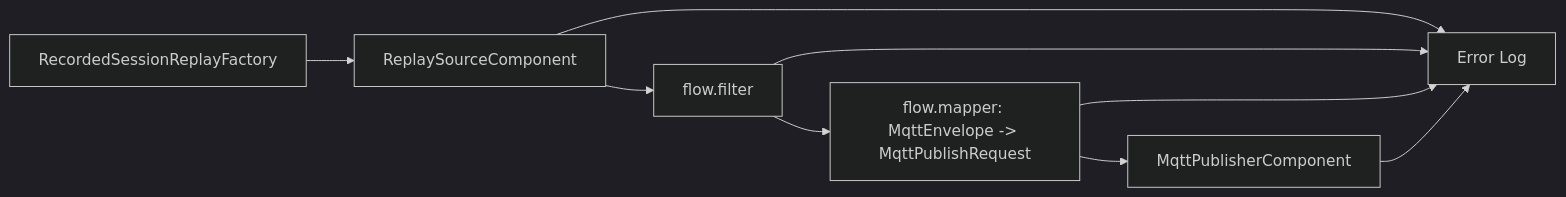
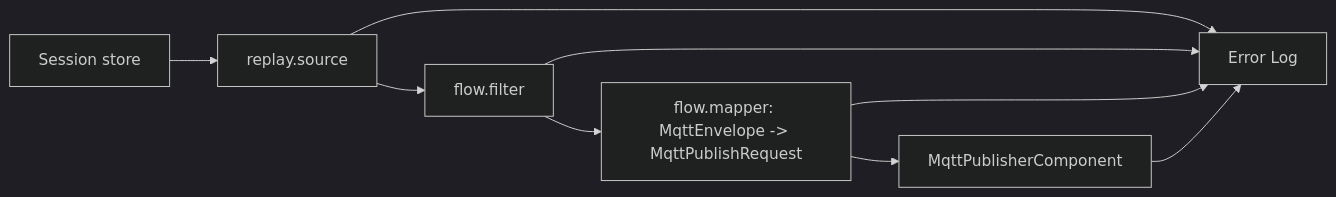
Diagram 20 of 20 in docs/flow-components.md (araxis/FluxMq), drawn with Mermaid (dark theme) before and after one commit. The commit also changed other lines of this file and 18 other files, not shown here.

````diff
--- a/docs/flow-components.md
+++ b/docs/flow-components.md
@@ -762,11 +723,11 @@
 ```mermaid
 flowchart LR
-    Factory["RecordedSessionReplayFactory"] --> Replay["ReplaySourceComponent"]
+    Store["Session store"] --> Replay["replay.source"]
     Replay --> Filter["flow.filter"]
     Filter --> Mapper["flow.mapper: MqttEnvelope -> MqttPublishRequest"]
     Mapper --> Publisher["MqttPublisherComponent"]
     Replay --> ErrorLog["Error Log"]
     Filter --> ErrorLog
     Mapper --> ErrorLog
     Publisher --> ErrorLog
 ```
````
